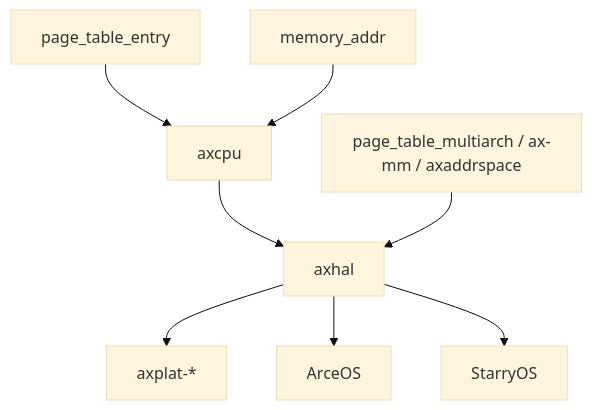
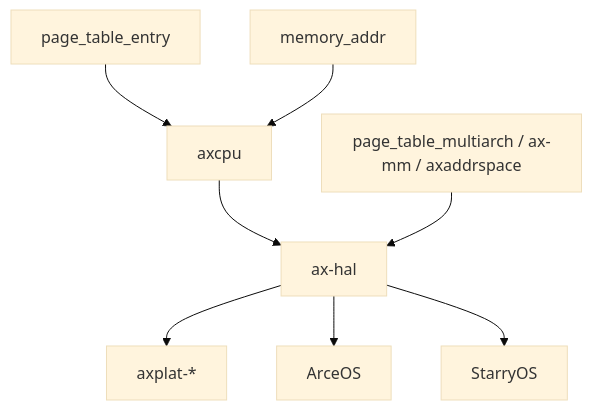
One commit to yfblock/tgoskits changed the diagram in docs/crates/axcpu.md. Above: the diagram before and after it, drawn with Mermaid (base theme). The commit also changed other lines of this file and 158 other files, not shown here.

Commit message:
rename axhal to ax-hal

````diff
--- a/docs/crates/axcpu.md
+++ b/docs/crates/axcpu.md
@@ -187,10 +187,10 @@
 ```mermaid
 graph TD
     A[page_table_entry] --> B[axcpu]
     C[memory_addr] --> B
-    B --> D[axhal]
+    B --> D[ax-hal]
     D --> E[axplat-*]
     D --> F[ArceOS]
     D --> G[StarryOS]
     H[page_table_multiarch / ax-mm / axaddrspace] --> D
 ```
````
